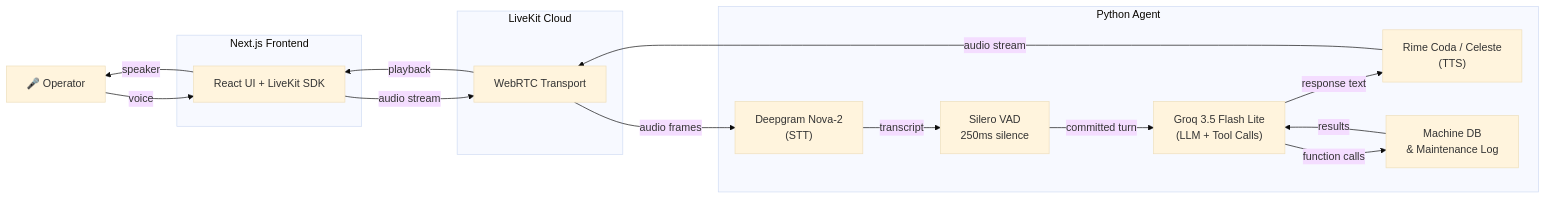
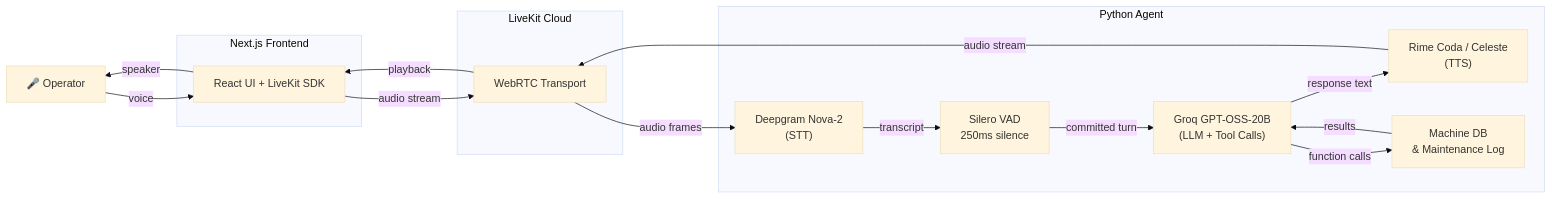
Before and after one commit to AbhinaySingh2/YieldPoint: the diagram in README.md, drawn with Mermaid (base theme). The commit also changed other lines of this file, not shown here.

Commit message:
fix: correctly state Groq model details in README

````diff
--- a/README.md
+++ b/README.md
@@ -21,29 +21,29 @@
 ```mermaid
 flowchart LR
     Operator["🎤 Operator"]
     subgraph Frontend["Next.js Frontend"]
         UI["React UI + LiveKit SDK"]
     end
     subgraph Cloud["LiveKit Cloud"]
         WebRTC["WebRTC Transport"]
     end
     subgraph Backend["Python Agent"]
         STT["Deepgram Nova-2\n(STT)"]
         VAD["Silero VAD\n250ms silence"]
-        LLM["Groq 3.5 Flash Lite\n(LLM + Tool Calls)"]
+        LLM["Groq GPT-OSS-20B\n(LLM + Tool Calls)"]
         TTS["Rime Coda / Celeste\n(TTS)"]
         Tools["Machine DB\n& Maintenance Log"]
     end
 
     Operator -- "voice" --> UI
     UI -- "audio stream" --> WebRTC
     WebRTC -- "audio frames" --> STT
     STT -- "transcript" --> VAD
     VAD -- "committed turn" --> LLM
     LLM -- "function calls" --> Tools
     Tools -- "results" --> LLM
     LLM -- "response text" --> TTS
     TTS -- "audio stream" --> WebRTC
     WebRTC -- "playback" --> UI
     UI -- "speaker" --> Operator
 ```
````
